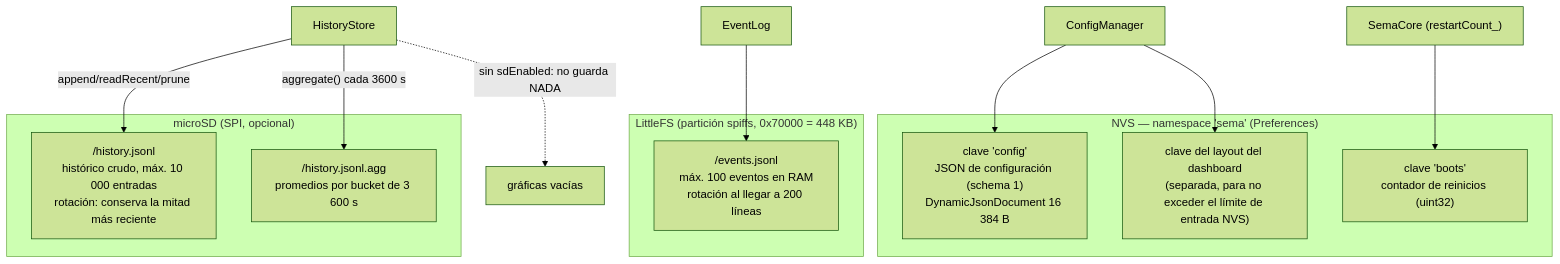
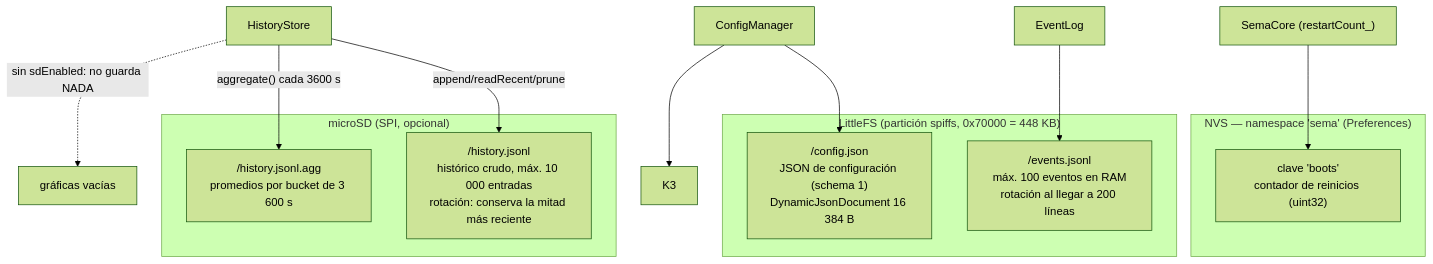
Before and after one commit to AlessandroKlein/Docs: the seventh of 8 diagrams in docs/es/sema/Diagramas.md, drawn with Mermaid (forest theme). The commit also changed other lines of this file and 66 other files, not shown here.

````diff
--- a/docs/es/sema/Diagramas.md
+++ b/docs/es/sema/Diagramas.md
@@ -243,22 +243,21 @@
 ```mermaid
 flowchart TB
     subgraph NVS["NVS — namespace 'sema' (Preferences)"]
-        K1["clave 'config'<br/>JSON de configuración (schema 1)<br/>DynamicJsonDocument 16 384 B"]
         K2["clave 'boots'<br/>contador de reinicios (uint32)"]
-        K3["clave del layout del dashboard<br/>(separada, para no exceder el límite de entrada NVS)"]
     end
     subgraph LFS["LittleFS (partición spiffs, 0x70000 = 448 KB)"]
+        K1["/config.json<br/>JSON de configuración (schema 1)<br/>DynamicJsonDocument 16 384 B"]
         F1["/events.jsonl<br/>máx. 100 eventos en RAM<br/>rotación al llegar a 200 líneas"]
     end
     subgraph SDC["microSD (SPI, opcional)"]
         G1["/history.jsonl<br/>histórico crudo, máx. 10 000 entradas<br/>rotación: conserva la mitad más reciente"]
         G2["/history.jsonl.agg<br/>promedios por bucket de 3 600 s"]
     end
     HIST["HistoryStore"] -->|"append/readRecent/prune"| G1
     HIST -->|"aggregate() cada 3600 s"| G2
     EL["EventLog"] --> F1
     CFG["ConfigManager"] --> K1
     SC["SemaCore (restartCount_)"] --> K2
     CFG --> K3
     HIST -.->|"sin sdEnabled: no guarda NADA"| X["gráficas vacías"]
 ```
````
